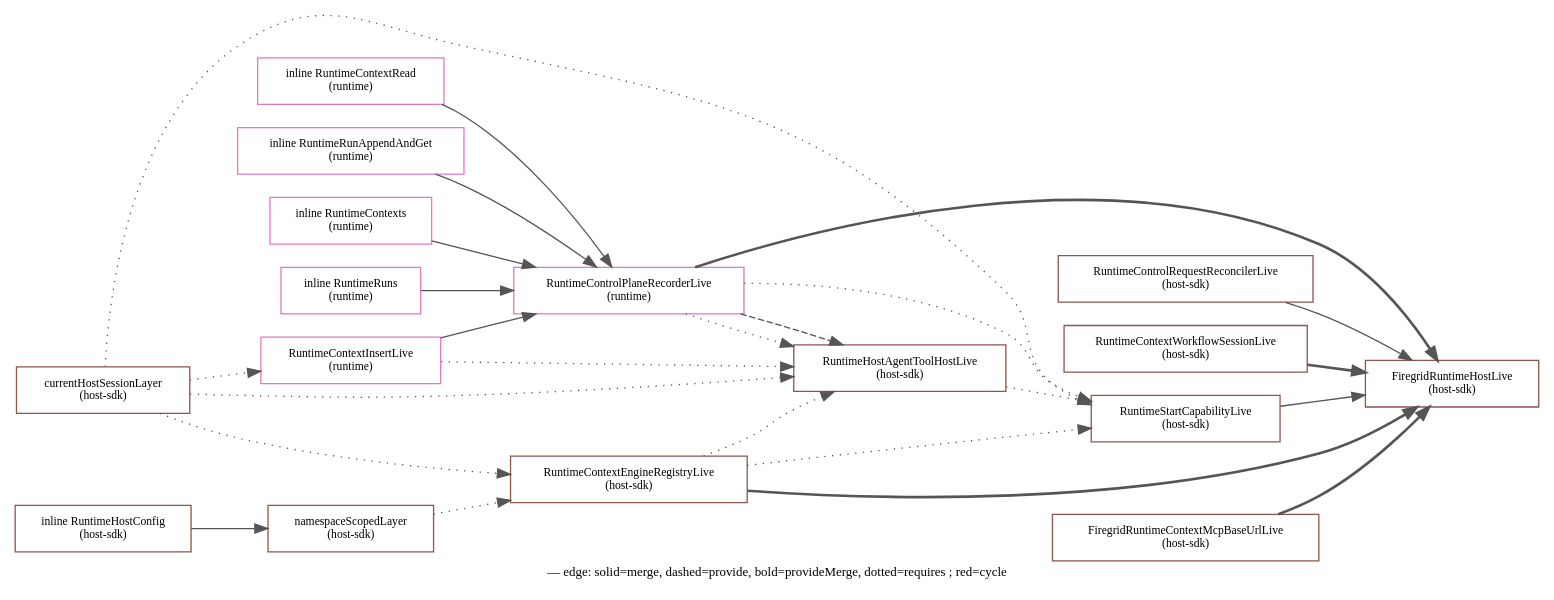
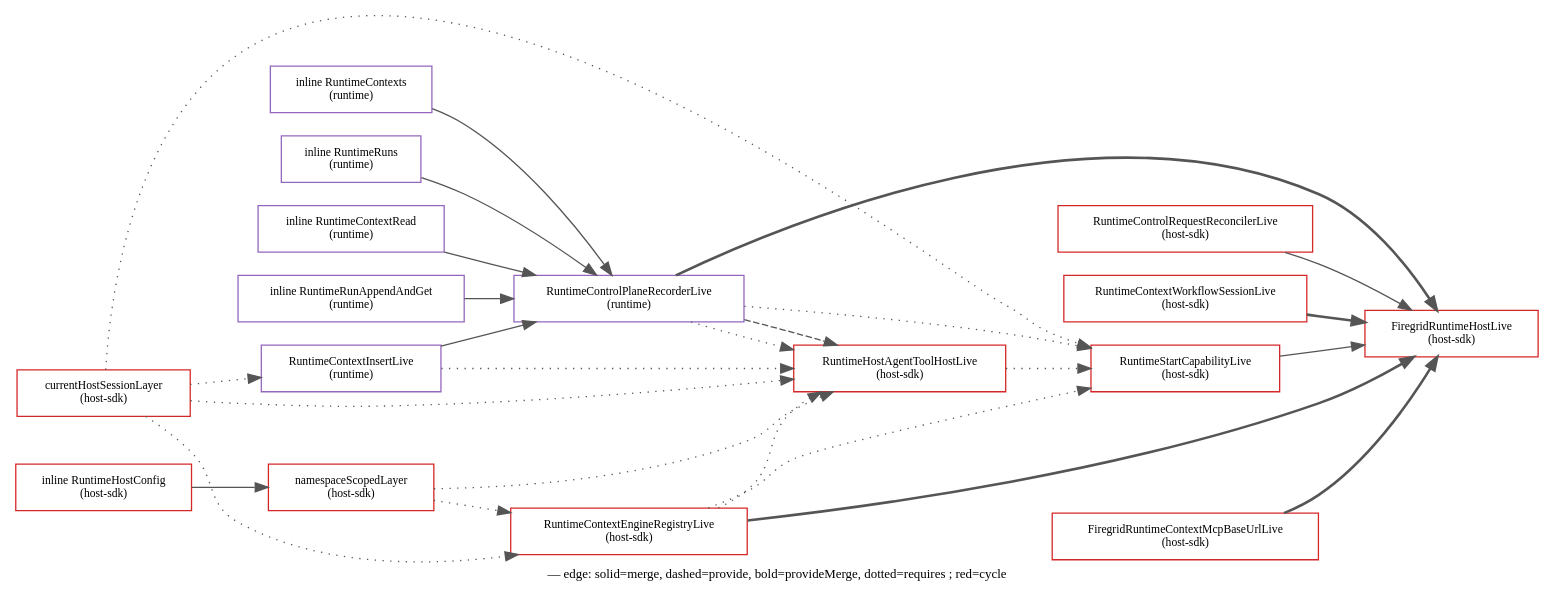
Before and after one commit to gurdasnijor/firegrid: the diagram in tooling/analysis/type-map/layer-composition-host-build.dot, drawn with Graphviz. The commit also changed 121 other files, not shown here.

```diff
--- a/tooling/analysis/type-map/layer-composition-host-build.dot
+++ b/tooling/analysis/type-map/layer-composition-host-build.dot
@@ -1,44 +1,45 @@
 digraph layers {
   rankdir=LR; node [shape=box,fontsize=9,style=filled];
   label=" — edge: solid=merge, dashed=provide, bold=provideMerge, dotted=requires ; red=cycle"; fontsize=10;
-  "packages/host-sdk::FiregridRuntimeHostLive" [fillcolor="#ffffff",color="#8c564b",penwidth=1,label="FiregridRuntimeHostLive\n(host-sdk)"];
-  "packages/host-sdk::RuntimeStartCapabilityLive" [fillcolor="#ffffff",color="#8c564b",penwidth=1,label="RuntimeStartCapabilityLive\n(host-sdk)"];
-  "packages/host-sdk::RuntimeControlRequestReconcilerLive" [fillcolor="#ffffff",color="#8c564b",penwidth=1,label="RuntimeControlRequestReconcilerLive\n(host-sdk)"];
-  "packages/host-sdk::RuntimeContextWorkflowSessionLive" [fillcolor="#ffffff",color="#8c564b",penwidth=1,label="RuntimeContextWorkflowSessionLive\n(host-sdk)"];
-  "packages/runtime::RuntimeControlPlaneRecorderLive" [fillcolor="#ffffff",color="#e377c2",penwidth=1,label="RuntimeControlPlaneRecorderLive\n(runtime)"];
-  "packages/host-sdk::RuntimeContextEngineRegistryLive" [fillcolor="#ffffff",color="#8c564b",penwidth=1,label="RuntimeContextEngineRegistryLive\n(host-sdk)"];
-  "packages/host-sdk::FiregridRuntimeContextMcpBaseUrlLive" [fillcolor="#ffffff",color="#8c564b",penwidth=1,label="FiregridRuntimeContextMcpBaseUrlLive\n(host-sdk)"];
-  "packages/host-sdk::RuntimeHostAgentToolHostLive" [fillcolor="#ffffff",color="#8c564b",penwidth=1,label="RuntimeHostAgentToolHostLive\n(host-sdk)"];
-  "packages/host-sdk::currentHostSessionLayer" [fillcolor="#ffffff",color="#8c564b",penwidth=1,label="currentHostSessionLayer\n(host-sdk)"];
-  "packages/runtime::RuntimeContextInsertLive" [fillcolor="#ffffff",color="#e377c2",penwidth=1,label="RuntimeContextInsertLive\n(runtime)"];
-  "inline::RuntimeContextRead" [fillcolor="#ffffff",color="#e377c2",penwidth=1,label="inline RuntimeContextRead\n(runtime)"];
-  "inline::RuntimeRunAppendAndGet" [fillcolor="#ffffff",color="#e377c2",penwidth=1,label="inline RuntimeRunAppendAndGet\n(runtime)"];
-  "inline::RuntimeContexts" [fillcolor="#ffffff",color="#e377c2",penwidth=1,label="inline RuntimeContexts\n(runtime)"];
-  "inline::RuntimeRuns" [fillcolor="#ffffff",color="#e377c2",penwidth=1,label="inline RuntimeRuns\n(runtime)"];
-  "packages/host-sdk::namespaceScopedLayer" [fillcolor="#ffffff",color="#8c564b",penwidth=1,label="namespaceScopedLayer\n(host-sdk)"];
-  "inline::RuntimeHostConfig" [fillcolor="#ffffff",color="#8c564b",penwidth=1,label="inline RuntimeHostConfig\n(host-sdk)"];
+  "packages/host-sdk::FiregridRuntimeHostLive" [fillcolor="#ffffff",color="#d62728",penwidth=1,label="FiregridRuntimeHostLive\n(host-sdk)"];
+  "packages/host-sdk::RuntimeStartCapabilityLive" [fillcolor="#ffffff",color="#d62728",penwidth=1,label="RuntimeStartCapabilityLive\n(host-sdk)"];
+  "packages/host-sdk::RuntimeControlRequestReconcilerLive" [fillcolor="#ffffff",color="#d62728",penwidth=1,label="RuntimeControlRequestReconcilerLive\n(host-sdk)"];
+  "packages/host-sdk::RuntimeContextWorkflowSessionLive" [fillcolor="#ffffff",color="#d62728",penwidth=1,label="RuntimeContextWorkflowSessionLive\n(host-sdk)"];
+  "packages/runtime::RuntimeControlPlaneRecorderLive" [fillcolor="#ffffff",color="#9467bd",penwidth=1,label="RuntimeControlPlaneRecorderLive\n(runtime)"];
+  "packages/host-sdk::RuntimeContextEngineRegistryLive" [fillcolor="#ffffff",color="#d62728",penwidth=1,label="RuntimeContextEngineRegistryLive\n(host-sdk)"];
+  "packages/host-sdk::FiregridRuntimeContextMcpBaseUrlLive" [fillcolor="#ffffff",color="#d62728",penwidth=1,label="FiregridRuntimeContextMcpBaseUrlLive\n(host-sdk)"];
+  "packages/host-sdk::RuntimeHostAgentToolHostLive" [fillcolor="#ffffff",color="#d62728",penwidth=1,label="RuntimeHostAgentToolHostLive\n(host-sdk)"];
+  "packages/host-sdk::currentHostSessionLayer" [fillcolor="#ffffff",color="#d62728",penwidth=1,label="currentHostSessionLayer\n(host-sdk)"];
+  "packages/runtime::RuntimeContextInsertLive" [fillcolor="#ffffff",color="#9467bd",penwidth=1,label="RuntimeContextInsertLive\n(runtime)"];
+  "inline::RuntimeContextRead" [fillcolor="#ffffff",color="#9467bd",penwidth=1,label="inline RuntimeContextRead\n(runtime)"];
+  "inline::RuntimeRunAppendAndGet" [fillcolor="#ffffff",color="#9467bd",penwidth=1,label="inline RuntimeRunAppendAndGet\n(runtime)"];
+  "inline::RuntimeContexts" [fillcolor="#ffffff",color="#9467bd",penwidth=1,label="inline RuntimeContexts\n(runtime)"];
+  "inline::RuntimeRuns" [fillcolor="#ffffff",color="#9467bd",penwidth=1,label="inline RuntimeRuns\n(runtime)"];
+  "packages/host-sdk::namespaceScopedLayer" [fillcolor="#ffffff",color="#d62728",penwidth=1,label="namespaceScopedLayer\n(host-sdk)"];
+  "inline::RuntimeHostConfig" [fillcolor="#ffffff",color="#d62728",penwidth=1,label="inline RuntimeHostConfig\n(host-sdk)"];
   "packages/host-sdk::currentHostSessionLayer" -> "packages/host-sdk::RuntimeHostAgentToolHostLive" [style=dotted,color="#555555"];
+  "packages/host-sdk::namespaceScopedLayer" -> "packages/host-sdk::RuntimeHostAgentToolHostLive" [style=dotted,color="#555555"];
   "packages/host-sdk::RuntimeContextEngineRegistryLive" -> "packages/host-sdk::RuntimeHostAgentToolHostLive" [style=dotted,color="#555555"];
   "packages/runtime::RuntimeContextInsertLive" -> "packages/host-sdk::RuntimeHostAgentToolHostLive" [style=dotted,color="#555555"];
   "packages/runtime::RuntimeControlPlaneRecorderLive" -> "packages/host-sdk::RuntimeHostAgentToolHostLive" [style=dotted,color="#555555"];
   "packages/host-sdk::RuntimeHostAgentToolHostLive" -> "packages/host-sdk::RuntimeStartCapabilityLive" [style=dotted,color="#555555"];
   "packages/host-sdk::currentHostSessionLayer" -> "packages/host-sdk::RuntimeStartCapabilityLive" [style=dotted,color="#555555"];
   "packages/host-sdk::RuntimeContextEngineRegistryLive" -> "packages/host-sdk::RuntimeStartCapabilityLive" [style=dotted,color="#555555"];
   "packages/runtime::RuntimeControlPlaneRecorderLive" -> "packages/host-sdk::RuntimeStartCapabilityLive" [style=dotted,color="#555555"];
   "inline::RuntimeHostConfig" -> "packages/host-sdk::namespaceScopedLayer" [style=solid,color="#555555"];
   "packages/runtime::RuntimeControlPlaneRecorderLive" -> "packages/host-sdk::RuntimeHostAgentToolHostLive" [style=dashed,color="#555555"];
   "packages/host-sdk::RuntimeStartCapabilityLive" -> "packages/host-sdk::FiregridRuntimeHostLive" [style=solid,color="#555555"];
   "packages/host-sdk::RuntimeControlRequestReconcilerLive" -> "packages/host-sdk::FiregridRuntimeHostLive" [style=solid,color="#555555"];
   "packages/host-sdk::RuntimeContextWorkflowSessionLive" -> "packages/host-sdk::FiregridRuntimeHostLive" [style=bold,color="#555555"];
   "packages/runtime::RuntimeControlPlaneRecorderLive" -> "packages/host-sdk::FiregridRuntimeHostLive" [style=bold,color="#555555"];
   "packages/host-sdk::RuntimeContextEngineRegistryLive" -> "packages/host-sdk::FiregridRuntimeHostLive" [style=bold,color="#555555"];
   "packages/host-sdk::FiregridRuntimeContextMcpBaseUrlLive" -> "packages/host-sdk::FiregridRuntimeHostLive" [style=bold,color="#555555"];
   "packages/host-sdk::currentHostSessionLayer" -> "packages/host-sdk::RuntimeContextEngineRegistryLive" [style=dotted,color="#555555"];
   "packages/host-sdk::namespaceScopedLayer" -> "packages/host-sdk::RuntimeContextEngineRegistryLive" [style=dotted,color="#555555"];
   "packages/host-sdk::currentHostSessionLayer" -> "packages/runtime::RuntimeContextInsertLive" [style=dotted,color="#555555"];
   "packages/runtime::RuntimeContextInsertLive" -> "packages/runtime::RuntimeControlPlaneRecorderLive" [style=solid,color="#555555"];
   "inline::RuntimeContextRead" -> "packages/runtime::RuntimeControlPlaneRecorderLive" [style=solid,color="#555555"];
   "inline::RuntimeRunAppendAndGet" -> "packages/runtime::RuntimeControlPlaneRecorderLive" [style=solid,color="#555555"];
   "inline::RuntimeContexts" -> "packages/runtime::RuntimeControlPlaneRecorderLive" [style=solid,color="#555555"];
   "inline::RuntimeRuns" -> "packages/runtime::RuntimeControlPlaneRecorderLive" [style=solid,color="#555555"];
 }
```
